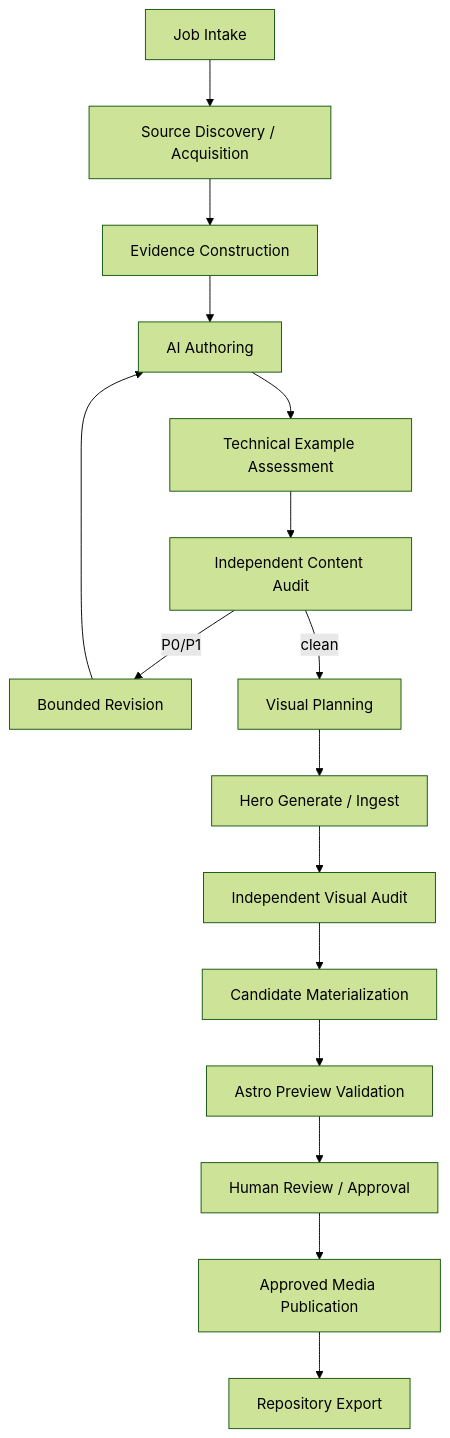
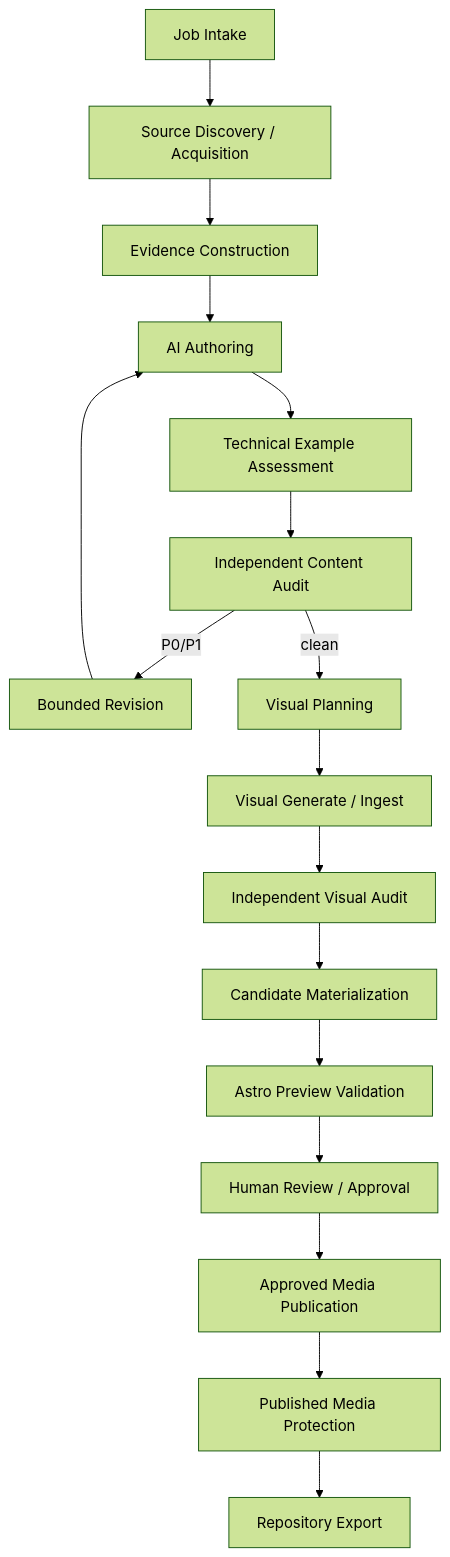
Before and after one commit to Xpotato1024/xpotato-site: the diagram in docs/architecture/article-pipeline.md, drawn with Mermaid (forest theme). The commit also changed other lines of this file, not shown here.

Commit message:
Insert protected media gate into Article Job pipeline

````diff
--- a/docs/architecture/article-pipeline.md
+++ b/docs/architecture/article-pipeline.md
@@ -23,22 +23,23 @@
 ```mermaid
 flowchart TD
     A[Job Intake]
     B[Source Discovery / Acquisition]
     C[Evidence Construction]
     D[AI Authoring]
     E[Technical Example Assessment]
     F[Independent Content Audit]
     G[Bounded Revision]
     H[Visual Planning]
-    I[Hero Generate / Ingest]
+    I[Visual Generate / Ingest]
     J[Independent Visual Audit]
     K[Candidate Materialization]
     L[Astro Preview Validation]
     M[Human Review / Approval]
     N[Approved Media Publication]
-    O[Repository Export]
+    O[Published Media Protection]
+    P[Repository Export]
 
     A --> B --> C --> D --> E --> F
     F -->|P0/P1| G --> D
-    F -->|clean| H --> I --> J --> K --> L --> M --> N --> O
+    F -->|clean| H --> I --> J --> K --> L --> M --> N --> O --> P
 ```
````
